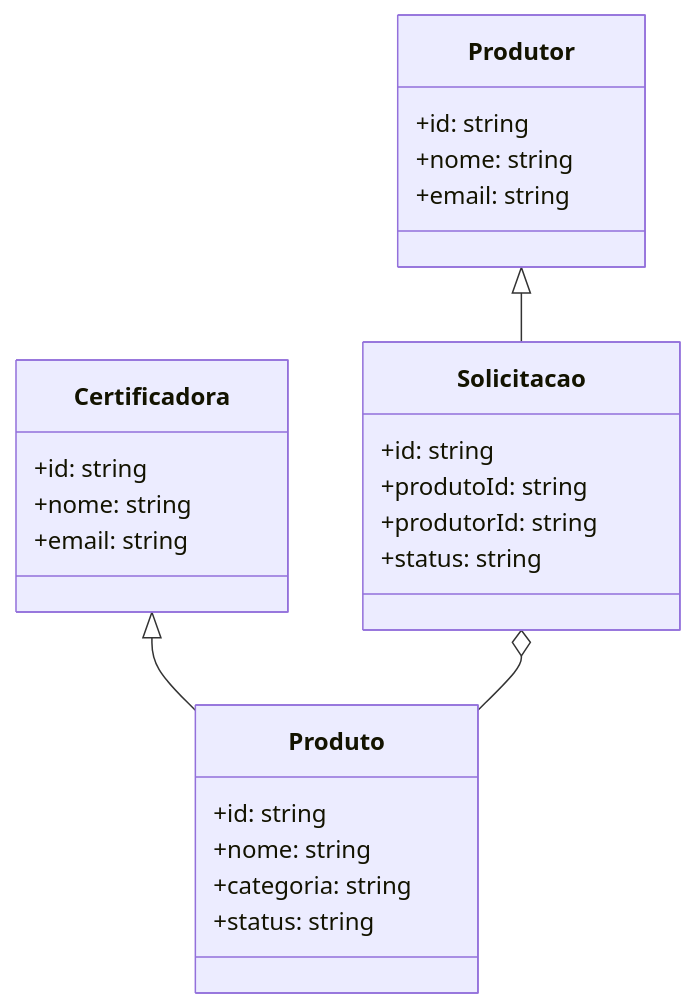
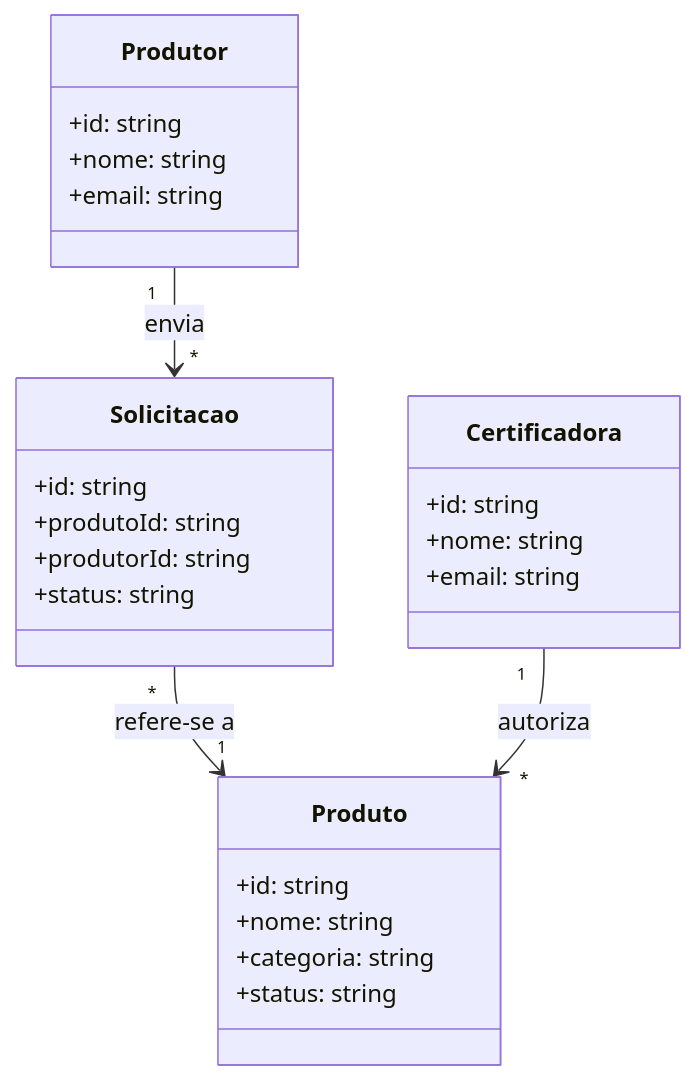
The second of 3 diagrams in docs/GUIA_ORGANICO_DOCUMENTACAO.md (J0aoD3v/Guia-Organico), drawn with Mermaid before and after one commit. The commit also changed other lines of this file, not shown here.

````diff
--- a/docs/GUIA_ORGANICO_DOCUMENTACAO.md
+++ b/docs/GUIA_ORGANICO_DOCUMENTACAO.md
@@ -104,33 +105,33 @@
 ```mermaid
 %% Diagrama de Classes
 classDiagram
-Produtor <|-- Solicitacao
-Certificadora <|-- Produto
-Solicitacao o-- Produto
-
 class Produtor {
 	+id: string
 	+nome: string
 	+email: string
 }
 
 class Certificadora {
 	+id: string
 	+nome: string
 	+email: string
 }
 
 class Produto {
 	+id: string
 	+nome: string
 	+categoria: string
 	+status: string
 }
 
 class Solicitacao {
 	+id: string
 	+produtoId: string
 	+produtorId: string
 	+status: string
 }
+
+Produtor "1" --> "*" Solicitacao : envia
+Solicitacao "*" --> "1" Produto : refere-se a
+Certificadora "1" --> "*" Produto : autoriza
 ```
````
